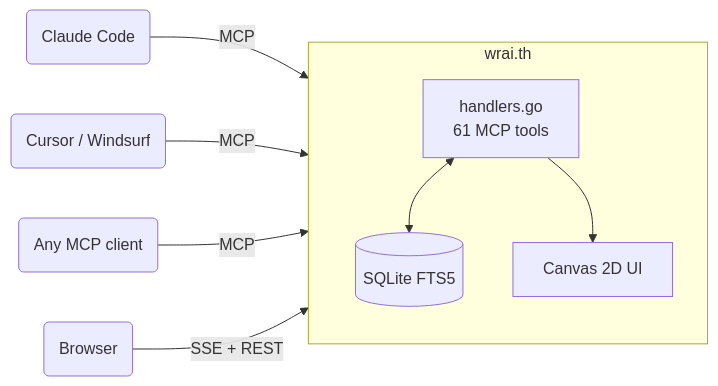
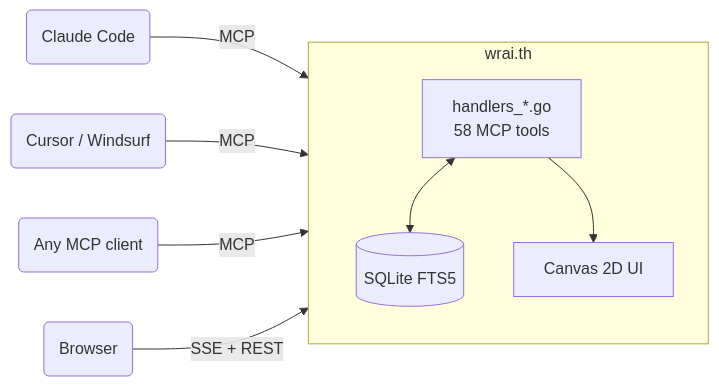
The diagram in README.md (TsukumoHQ/WRAI.TH), drawn with Mermaid before and after one commit. The commit also changed other lines of this file, not shown here.

````diff
--- a/README.md
+++ b/README.md
@@ -808,15 +779,15 @@
 ```mermaid
 flowchart LR
     A1(Claude Code) -->|MCP| R
     A2(Cursor / Windsurf) -->|MCP| R
     A3(Any MCP client) -->|MCP| R
     B(Browser) -->|SSE + REST| R
 
     subgraph R[wrai.th]
-        H[handlers.go<br>61 MCP tools]
+        H[handlers_*.go<br>58 MCP tools]
         DB[(SQLite FTS5)]
         UI[Canvas 2D UI]
         H <--> DB
         H --> UI
     end
 ```
````
